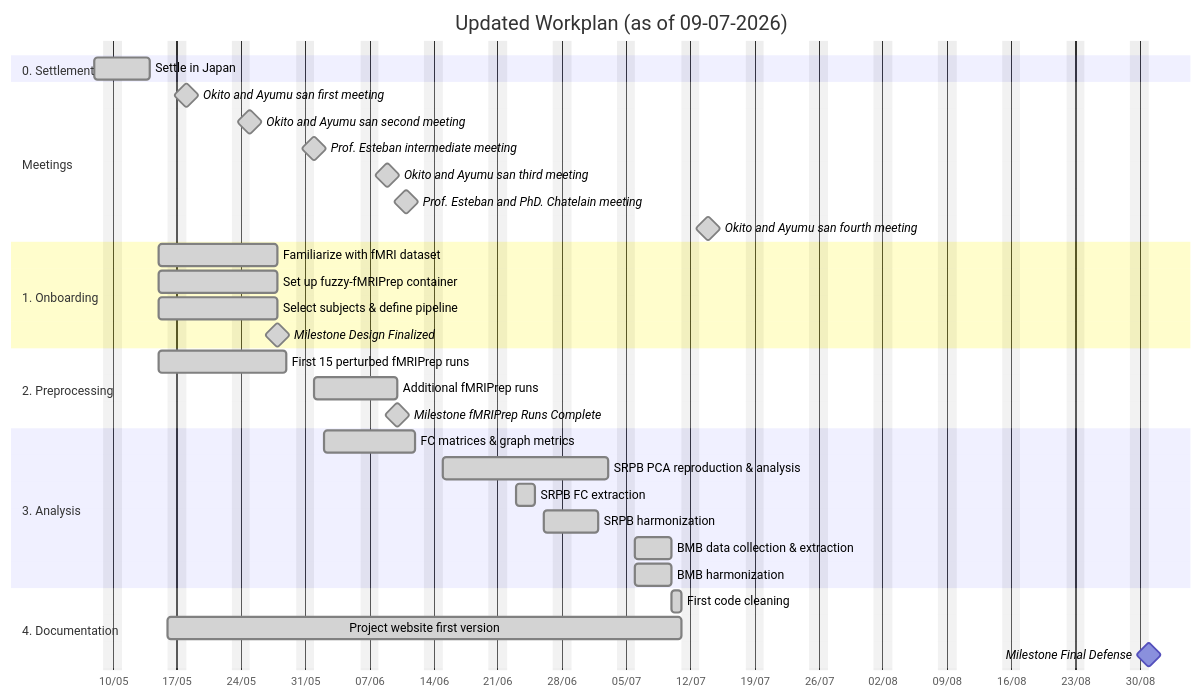
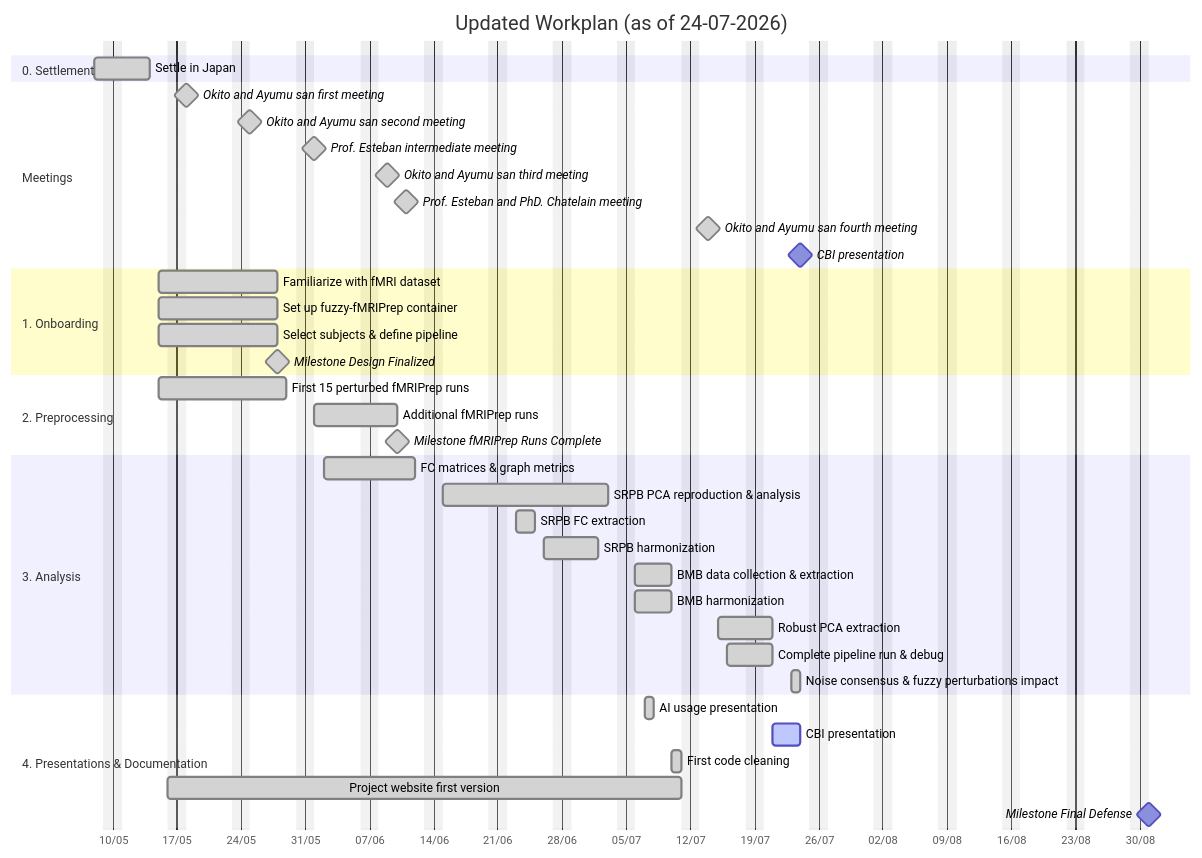
One commit to MadeInShineA/bachelor-thesis changed the diagram in site/index.qmd. Above: the diagram before and after it, drawn with Mermaid. The commit also changed other lines of this file, not shown here.

Commit message:
docs: Update index gantt diagram

````diff
--- a/site/index.qmd
+++ b/site/index.qmd
@@ -69,42 +69,48 @@
 ```{mermaid}
 gantt
-    title Updated Workplan (as of 09-07-2026)
+    title Updated Workplan (as of 24-07-2026)
     dateFormat  YYYY-MM-DD
     axisFormat  %d/%m
     excludes weekends
 
     section 0. Settlement
     Settle in Japan :done, settlement, 2026-05-08, 2026-05-14
 
     section Meetings
     Okito and Ayumu san first meeting :done, milestone, meet1, 2026-05-18, 0d
     Okito and Ayumu san second meeting :done, milestone, meet2, 2026-05-25, 0d
     Prof. Esteban intermediate meeting :done, milestone, meet3, 2026-06-01, 0d
     Okito and Ayumu san third meeting :done, milestone, meet4, 2026-06-09, 0d
     Prof. Esteban and PhD. Chatelain meeting :done, milestone, meet5, 2026-06-11, 0d
     Okito and Ayumu san fourth meeting :done, milestone, meet6, 2026-07-14, 0d
+    CBI presentation                  :milestone, meet7, 2026-07-24, 0d
 
     section 1. Onboarding
     Familiarize with fMRI dataset       :done, p1t1, 2026-05-15, 2026-05-28
     Set up fuzzy-fMRIPrep container     :done, p1t2, 2026-05-15, 2026-05-28
     Select subjects & define pipeline   :done, p1t3, 2026-05-15, 2026-05-28
     Milestone Design Finalized          :done, milestone, m1, 2026-05-28, 0d
 
     section 2. Preprocessing
     First 15 perturbed fMRIPrep runs    :done, p2t1, 2026-05-15, 2026-05-29
     Additional fMRIPrep runs            :done, p2t2, 2026-06-01, 2026-06-10
     Milestone fMRIPrep Runs Complete    :done, milestone, m2, 2026-06-10, 0d
 
     section 3. Analysis
     FC matrices & graph metrics         :done, p3t1, 2026-06-02, 2026-06-12
     SRPB PCA reproduction & analysis    :done, p3t2, 2026-06-15, 2026-07-03
     SRPB FC extraction                  :done, p3t3, 2026-06-23, 2026-06-25
     SRPB harmonization                  :done, p3t4, 2026-06-26, 2026-07-02
     BMB data collection & extraction    :done, p3t5, 2026-07-06, 2026-07-10
     BMB harmonization                   :done, p3t6, 2026-07-06, 2026-07-10
+    Robust PCA extraction               :done, p3t7, 2026-07-15, 2026-07-21
+    Complete pipeline run & debug       :done, p3t8, 2026-07-16, 2026-07-21
+    Noise consensus & fuzzy perturbations impact :done, p3t9, 2026-07-23, 1d
 
-    section 4. Documentation
-    First code cleaning         :done, p4t1, 2026-07-10, 1d
-    Project website first version :done, p4t2, 2026-05-16, 2026-07-11
+    section 4. Presentations & Documentation
+    AI usage presentation               :done, p4t0, 2026-07-07, 2026-07-08
+    CBI presentation                    :active, p4t1, 2026-07-21, 2026-07-24
+    First code cleaning                 :done, p4t2, 2026-07-10, 1d
+    Project website first version       :done, p4t3, 2026-05-16, 2026-07-11
     Milestone Final Defense             :milestone, m4, 2026-08-31, 0d
 ```
````
